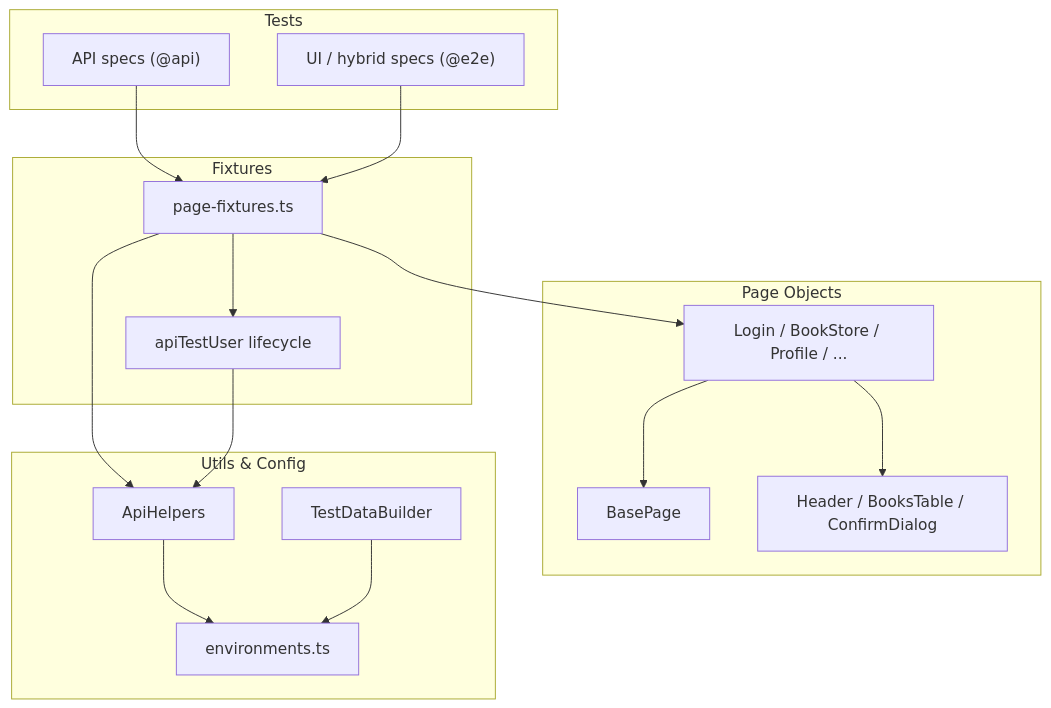
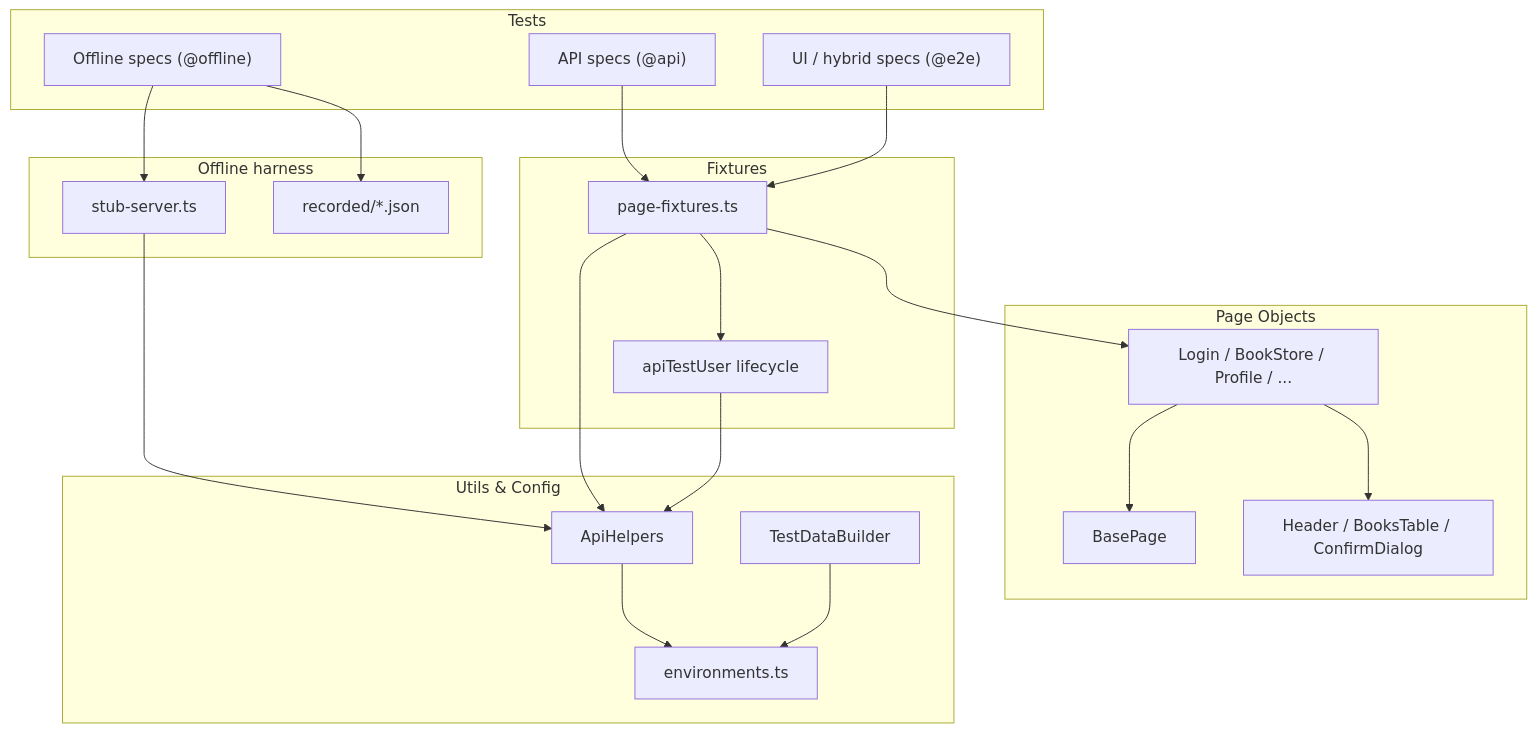
The diagram in README.md (GGrudev/demoqa-bookstore-playwright-ts), drawn with Mermaid before and after one commit. The commit also changed other lines of this file and 26 other files, not shown here.

````diff
--- a/README.md
+++ b/README.md
@@ -49,35 +51,44 @@
 ```mermaid
 flowchart TB
     subgraph tests [Tests]
+        OFF["Offline specs (@offline)"]
         API["API specs (@api)"]
         E2E["UI / hybrid specs (@e2e)"]
+    end
+
+    subgraph offline [Offline harness]
+        STUB[stub-server.ts]
+        REC[recorded/*.json]
     end
 
     subgraph fixtures [Fixtures]
         PF[page-fixtures.ts]
         ATU[apiTestUser lifecycle]
     end
 
     subgraph pages [Page Objects]
         PO[Login / BookStore / Profile / ...]
         BP[BasePage]
         COMP[Header / BooksTable / ConfirmDialog]
     end
 
     subgraph utils [Utils & Config]
         AH[ApiHelpers]
         TD[TestDataBuilder]
         ENV[environments.ts]
     end
 
+    OFF --> STUB
+    OFF --> REC
+    STUB --> AH
     API --> PF
     E2E --> PF
     PF --> PO
     PF --> AH
     PF --> ATU
     ATU --> AH
     PO --> BP
     PO --> COMP
     AH --> ENV
     TD --> ENV
 ```
````
